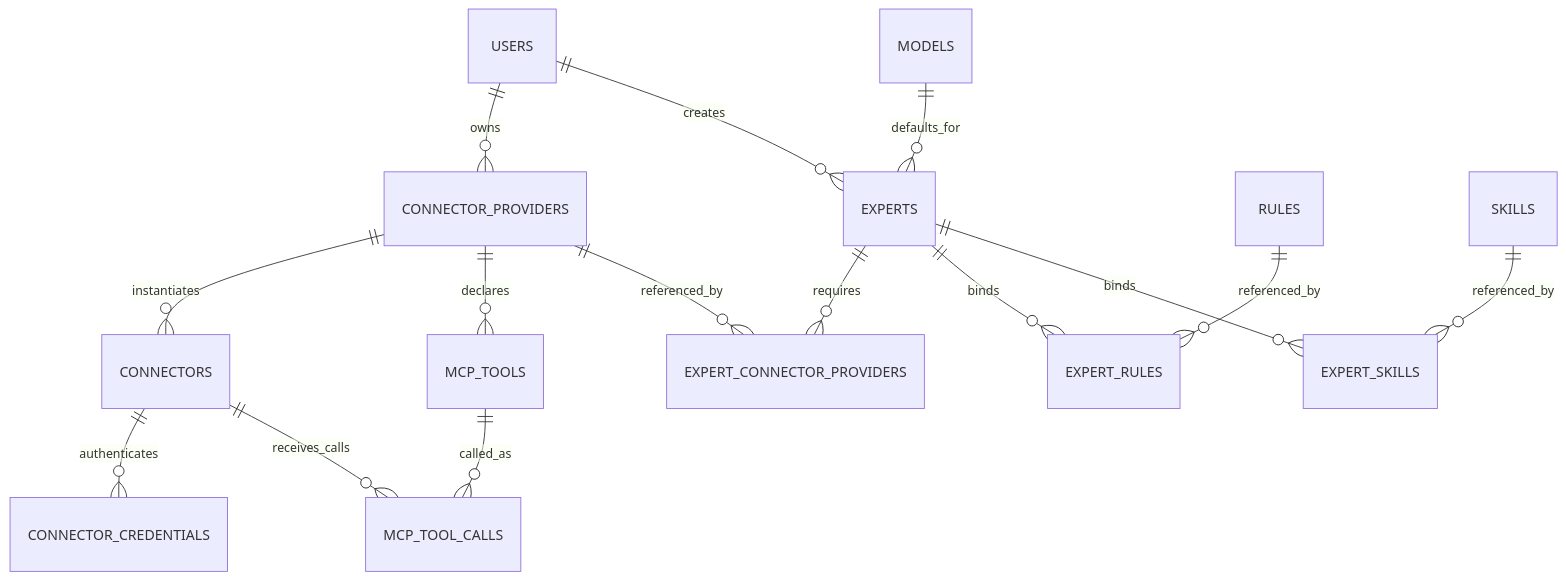
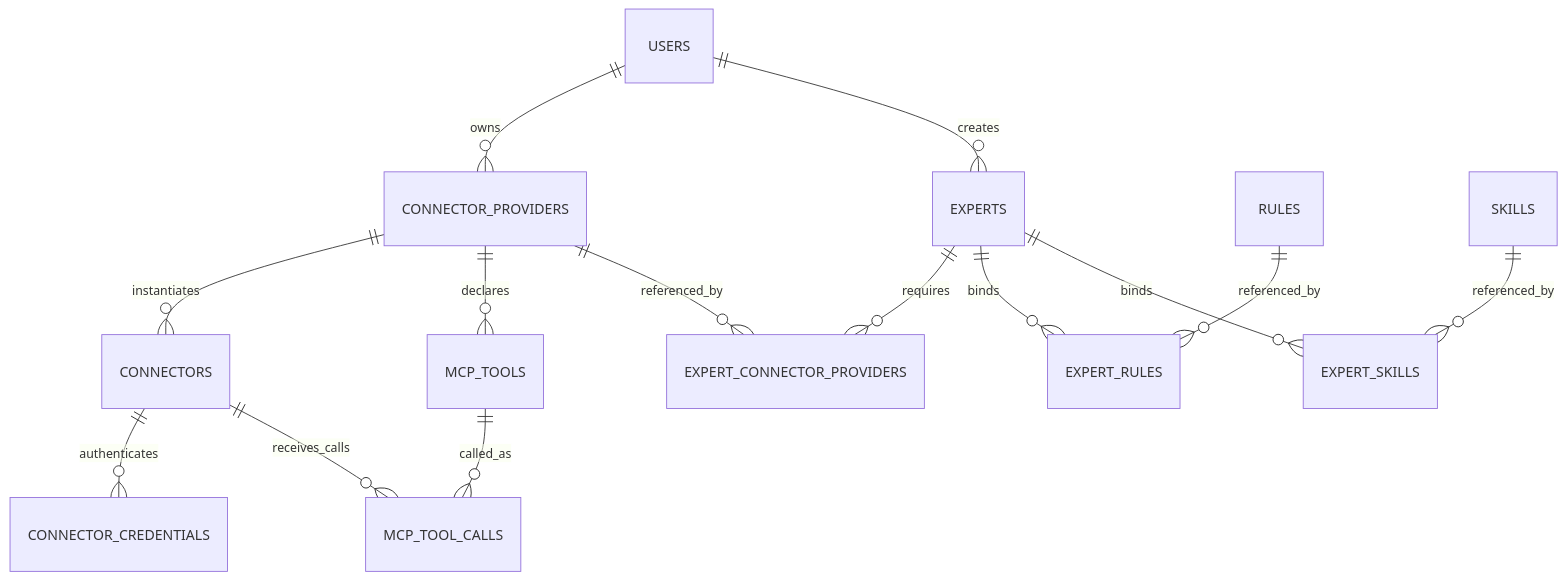
Before and after one commit to chaitin/MonkeyCode: the second of 2 diagrams in monkeyai/design/ai-resource-design.md, drawn with Mermaid. The commit also changed other lines of this file and 32 other files, not shown here.

````diff
--- a/monkeyai/design/ai-resource-design.md
+++ b/monkeyai/design/ai-resource-design.md
@@ -511,18 +510,17 @@
 ```mermaid
 erDiagram
     USERS ||--o{ CONNECTOR_PROVIDERS : owns
     CONNECTOR_PROVIDERS ||--o{ CONNECTORS : instantiates
     CONNECTOR_PROVIDERS ||--o{ MCP_TOOLS : declares
     CONNECTORS ||--o{ CONNECTOR_CREDENTIALS : authenticates
     CONNECTORS ||--o{ MCP_TOOL_CALLS : receives_calls
     MCP_TOOLS ||--o{ MCP_TOOL_CALLS : called_as
 
     USERS ||--o{ EXPERTS : creates
-    MODELS ||--o{ EXPERTS : defaults_for
     EXPERTS ||--o{ EXPERT_CONNECTOR_PROVIDERS : requires
     CONNECTOR_PROVIDERS ||--o{ EXPERT_CONNECTOR_PROVIDERS : referenced_by
     EXPERTS ||--o{ EXPERT_RULES : binds
     RULES ||--o{ EXPERT_RULES : referenced_by
     EXPERTS ||--o{ EXPERT_SKILLS : binds
     SKILLS ||--o{ EXPERT_SKILLS : referenced_by
 ```
````
